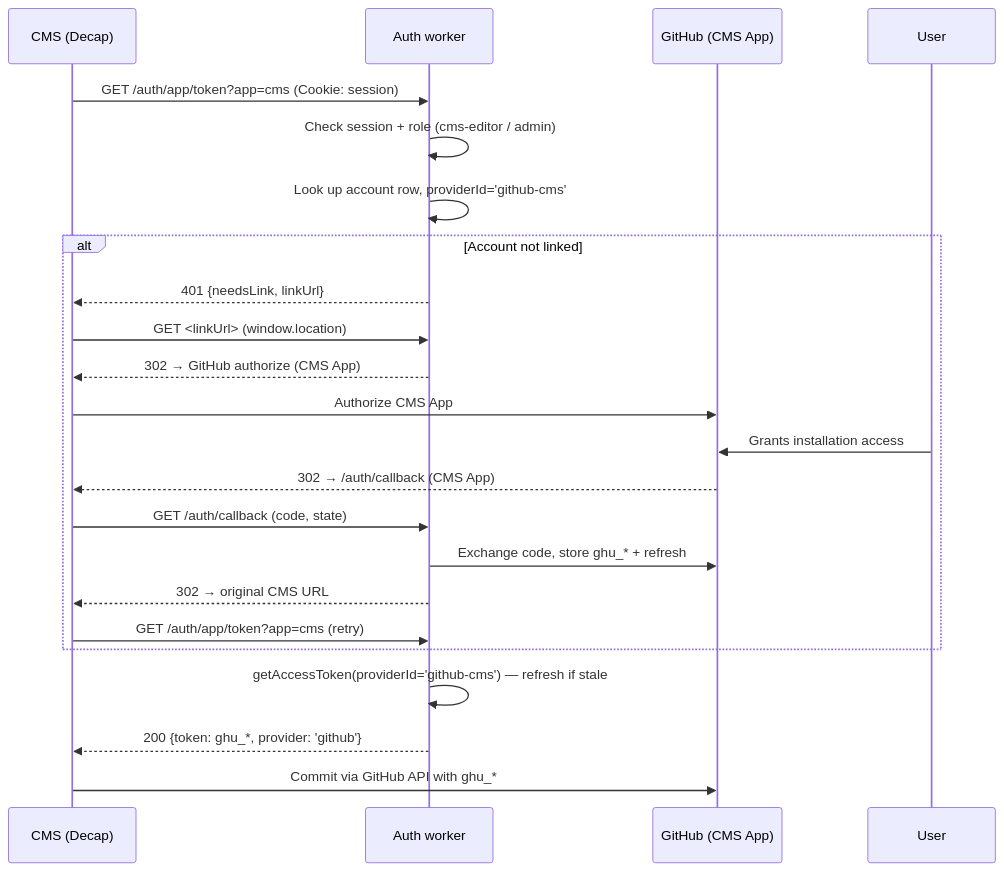
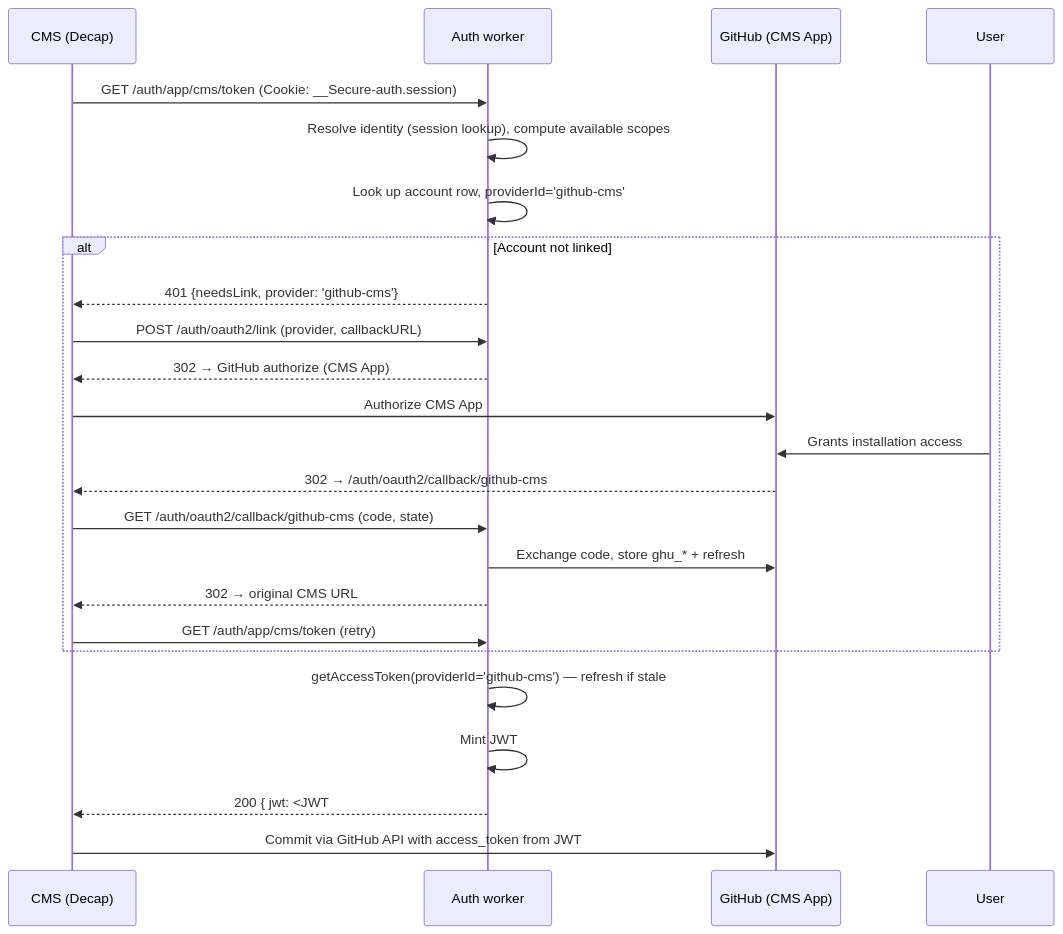
One commit to alexwilson/frontend changed the second of 3 diagrams in services/auth/README.md. Above: the diagram before and after it, drawn with Mermaid. The commit also changed other lines of this file and 26 other files, not shown here.

Commit message:
feat(auth): Implement JWT support

````diff
--- a/services/auth/README.md
+++ b/services/auth/README.md
@@ -63,25 +80,26 @@
 ```mermaid
 sequenceDiagram
     participant CMS as CMS (Decap)
     participant Worker as Auth worker
     participant GH as GitHub (CMS App)
 
-    CMS->>Worker: GET /auth/app/token?app=cms (Cookie: session)
-    Worker->>Worker: Check session + role (cms-editor / admin)
+    CMS->>Worker: GET /auth/app/cms/token (Cookie: __Secure-auth.session)
+    Worker->>Worker: Resolve identity (session lookup), compute available scopes
     Worker->>Worker: Look up account row, providerId='github-cms'
     alt Account not linked
-        Worker-->>CMS: 401 {needsLink, linkUrl}
-        CMS->>Worker: GET <linkUrl> (window.location)
+        Worker-->>CMS: 401 {needsLink, provider: 'github-cms'}
+        CMS->>Worker: POST /auth/oauth2/link (provider, callbackURL)
         Worker-->>CMS: 302 → GitHub authorize (CMS App)
         CMS->>GH: Authorize CMS App
         User->>GH: Grants installation access
-        GH-->>CMS: 302 → /auth/callback (CMS App)
-        CMS->>Worker: GET /auth/callback (code, state)
+        GH-->>CMS: 302 → /auth/oauth2/callback/github-cms
+        CMS->>Worker: GET /auth/oauth2/callback/github-cms (code, state)
         Worker->>GH: Exchange code, store ghu_* + refresh
         Worker-->>CMS: 302 → original CMS URL
-        CMS->>Worker: GET /auth/app/token?app=cms (retry)
+        CMS->>Worker: GET /auth/app/cms/token (retry)
     end
     Worker->>Worker: getAccessToken(providerId='github-cms') — refresh if stale
-    Worker-->>CMS: 200 {token: ghu_*, provider: 'github'}
-    CMS->>GH: Commit via GitHub API with ghu_*
+    Worker->>Worker: Mint JWT #1 (identity) + JWT #2 (access)
+    Worker-->>CMS: 200 { jwt: <JWT#2> }, Set-Cookie __Secure-auth.id (Path=/auth/app/cms/)
+    CMS->>GH: Commit via GitHub API with access_token from JWT #2
 ```
````
